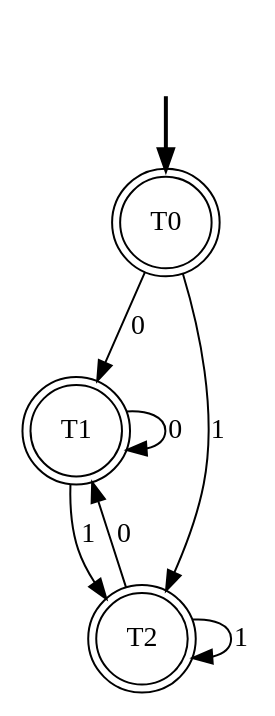
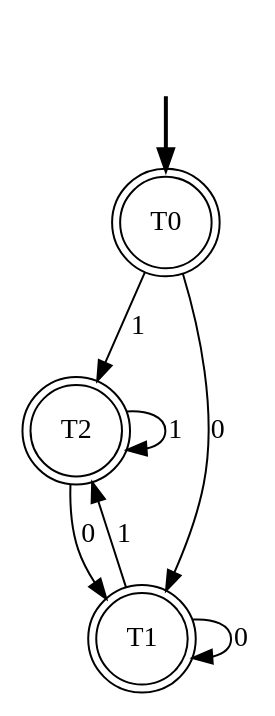
One commit to LuisDiego19FV/Proyecto_Compiladores changed the diagram in Lexer/output/((EP;0)1^)^/((EP;0)1^)^_dfa_1.dot. Above: the diagram before and after it, drawn with Graphviz. The commit also changed other lines of this file and 113 other files, not shown here.

```diff
--- a/Lexer/output/((EP;0)1^)^/((EP;0)1^)^_dfa_1.dot
+++ b/Lexer/output/((EP;0)1^)^/((EP;0)1^)^_dfa_1.dot
@@ -1,13 +1,13 @@
 digraph {
 	fake0 [style=invisible]
 	T0 [root=true shape=doublecircle]
+	T2 [shape=doublecircle]
 	T1 [shape=doublecircle]
-	T2 [shape=doublecircle]
 	fake0 -> T0 [style=bold]
 	T0 -> T1 [label=0]
 	T0 -> T2 [label=1]
 	T1 -> T1 [label=0]
 	T1 -> T2 [label=1]
 	T2 -> T1 [label=0]
 	T2 -> T2 [label=1]
 }
```
